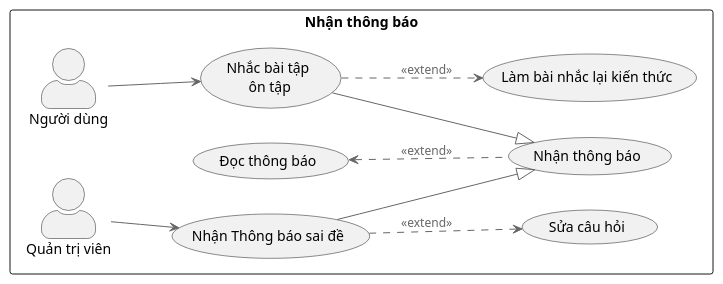
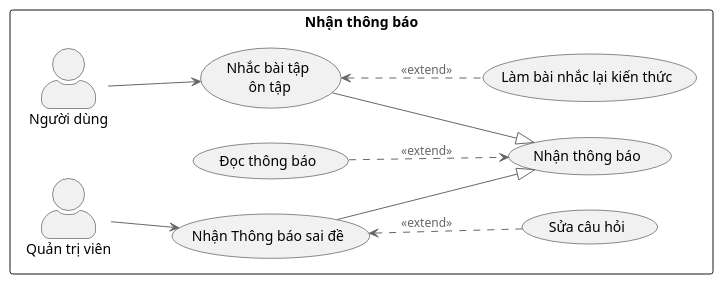
Before and after one commit to OnlySekai/E-Learning-Quiz-Be: the diagram in docs/usecase/nhan_thong_bao.puml, drawn with PlantUML. The commit also changed 5 other files, not shown here.

Commit message:
:+1: Add activity diagram

```diff
--- a/docs/usecase/nhan_thong_bao.puml
+++ b/docs/usecase/nhan_thong_bao.puml
@@ -1,19 +1,19 @@
 @startuml
 !include <C4/C4_Context>
 skinparam packageStyle Rect
 left to right direction
 
 rectangle "Nhận thông báo" {
     (Nhận thông báo ) as main
-    (Đọc thông báo) <.. main: <<extend>>
+    (Đọc thông báo) ..> main: <<extend>>
     (Nhắc bài tập \n ôn tập) as nhac
     (Nhận Thông báo sai đề) as sai
     nhac --|> main
-    nhac ..> (Làm bài nhắc lại kiến thức): <<extend>>
+    nhac <.. (Làm bài nhắc lại kiến thức): <<extend>>
     sai --|> main
-    sai ..> (Sửa câu hỏi): <<extend>>
+    sai <.. (Sửa câu hỏi): <<extend>>
     :Người dùng: --> nhac
     :Quản trị viên: --> sai
 }
 
 @enduml
```
